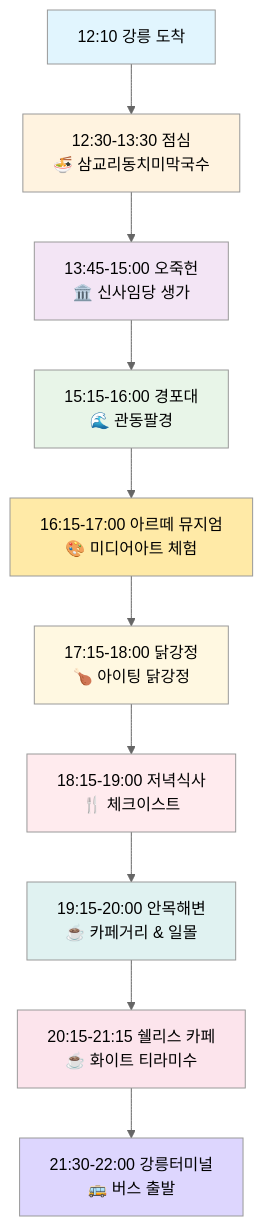
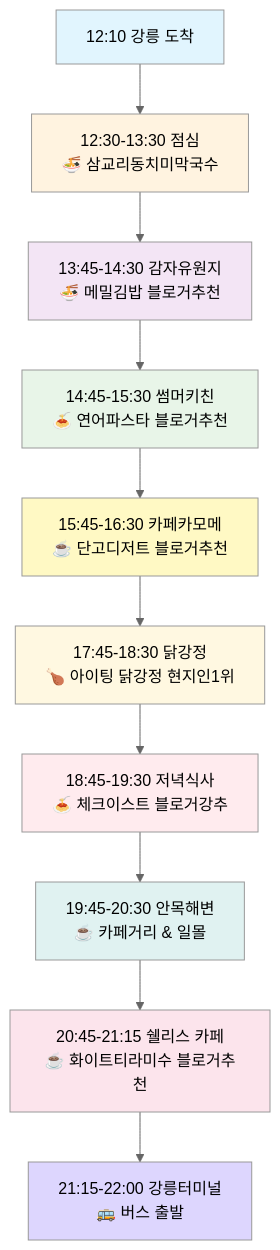
One commit to didghwns0514/matjib_search changed the diagram in updated-travel-course.md. Above: the diagram before and after it, drawn with Mermaid (neutral theme). The commit also changed other lines of this file and 3 other files, not shown here.

````diff
--- a/updated-travel-course.md
+++ b/updated-travel-course.md
@@ -12,23 +12,23 @@
 ```mermaid
 graph TD
     A[12:10 강릉 도착] --> B[12:30-13:30 점심<br/>🍜 삼교리동치미막국수]
-    B --> C[13:45-15:00 오죽헌<br/>🏛️ 신사임당 생가]
-    C --> D[15:15-16:00 경포대<br/>🌊 관동팔경]
-    D --> E[16:15-17:00 아르떼 뮤지엄<br/>🎨 미디어아트 체험]
-    E --> F[17:15-18:00 닭강정<br/>🍗 아이팅 닭강정]
-    F --> G[18:15-19:00 저녁식사<br/>🍴 체크이스트]
-    G --> H[19:15-20:00 안목해변<br/>☕ 카페거리 & 일몰]
-    H --> I[20:15-21:15 쉘리스 카페<br/>☕ 화이트 티라미수]
-    I --> J[21:30-22:00 강릉터미널<br/>🚌 버스 출발]
+    B --> C[13:45-14:30 감자유원지<br/>🍜 메밀김밥 블로거추천]
+    C --> D[14:45-15:30 썸머키친<br/>🍝 연어파스타 블로거추천]
+    D --> E[15:45-16:30 카페카모메<br/>☕ 단고디저트 블로거추천]
+    E --> F[17:45-18:30 닭강정<br/>🍗 아이팅 닭강정 현지인1위]
+    F --> G[18:45-19:30 저녁식사<br/>🍝 체크이스트 블로거강추]
+    G --> H[19:45-20:30 안목해변<br/>☕ 카페거리 & 일몰]
+    H --> I[20:45-21:15 쉘리스 카페<br/>☕ 화이트티라미수 블로거추천]
+    I --> J[21:15-22:00 강릉터미널<br/>🚌 버스 출발]
 
     style A fill:#e1f5fe
     style B fill:#fff3e0
     style C fill:#f3e5f5
     style D fill:#e8f5e8
-    style E fill:#ffeaa7
+    style E fill:#fff9c4
     style F fill:#fff8e1
     style G fill:#ffebee
     style H fill:#e0f2f1
     style I fill:#fce4ec
     style J fill:#ddd6fe
 ```
````
